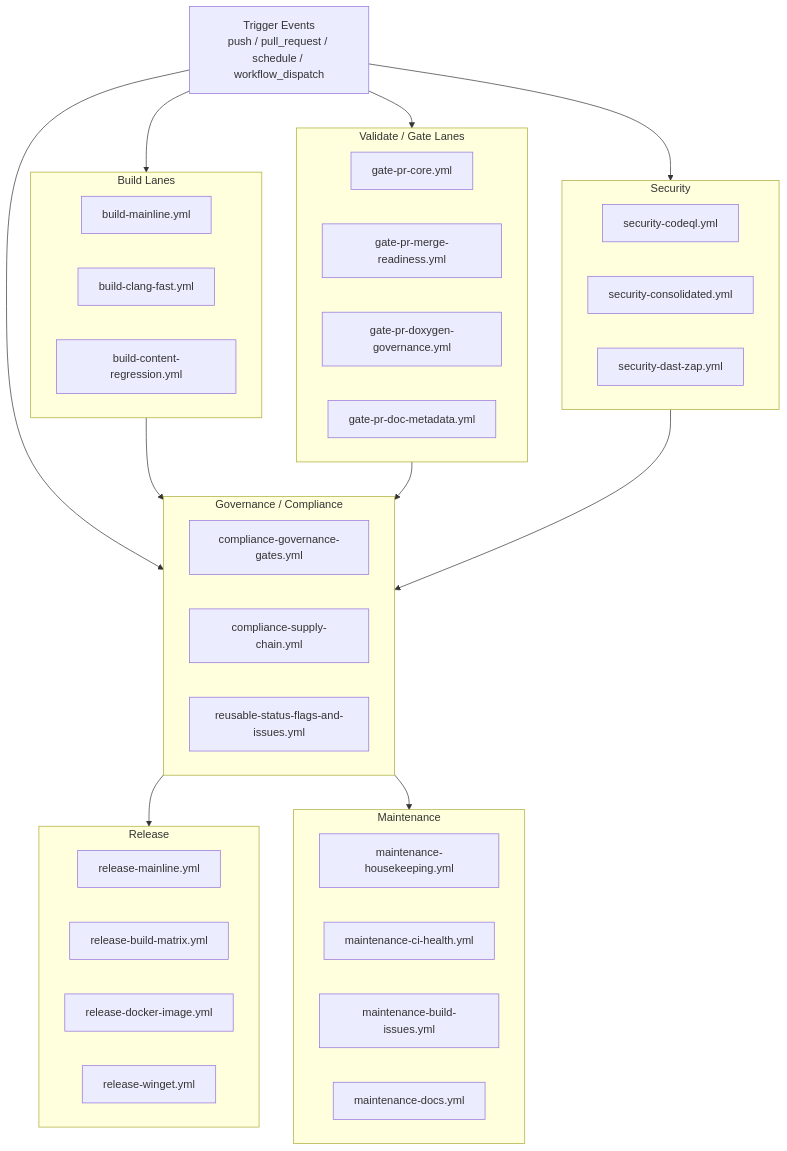
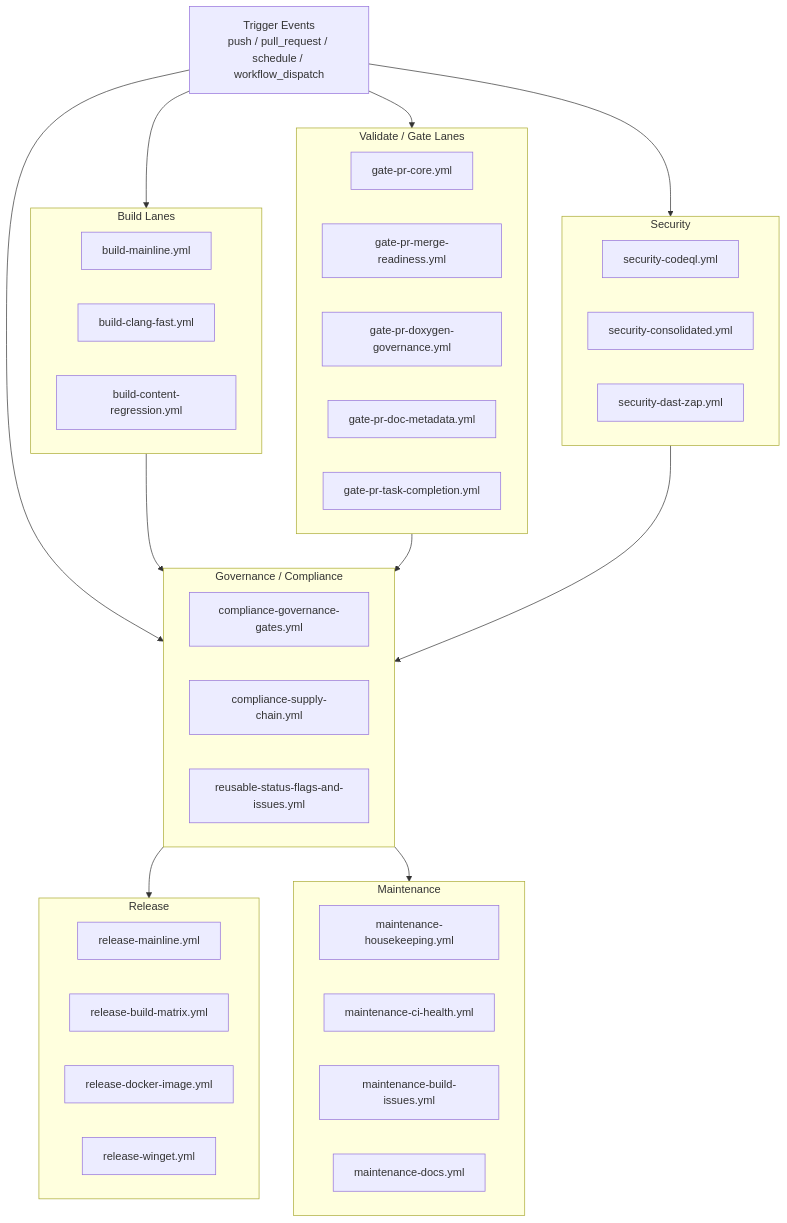
One commit to makr-code/ThemisDB changed the diagram in .github/WORKFLOW_GUIDELINES.md. Above: the diagram before and after it, drawn with Mermaid. The commit also changed other lines of this file and 8 other files, not shown here.

Commit message:
Sync PR task gate governance and tests

````diff
--- a/.github/WORKFLOW_GUIDELINES.md
+++ b/.github/WORKFLOW_GUIDELINES.md
@@ -29,53 +30,54 @@
 ```mermaid
 flowchart TD
     E[Trigger Events<br/>push / pull_request / schedule / workflow_dispatch]
 
     subgraph B[Build Lanes]
       B1[build-mainline.yml]
       B2[build-clang-fast.yml]
       B3[build-content-regression.yml]
     end
 
     subgraph V[Validate / Gate Lanes]
       V1[gate-pr-core.yml]
       V2[gate-pr-merge-readiness.yml]
       V3[gate-pr-doxygen-governance.yml]
       V4[gate-pr-doc-metadata.yml]
+      V5[gate-pr-task-completion.yml]
     end
 
     subgraph G[Governance / Compliance]
       G1[compliance-governance-gates.yml]
       G2[compliance-supply-chain.yml]
       G3[reusable-status-flags-and-issues.yml]
     end
 
     subgraph S[Security]
       S1[security-codeql.yml]
       S2[security-consolidated.yml]
       S3[security-dast-zap.yml]
     end
 
     subgraph R[Release]
       R1[release-mainline.yml]
       R2[release-build-matrix.yml]
       R3[release-docker-image.yml]
       R4[release-winget.yml]
     end
 
     subgraph M[Maintenance]
       M1[maintenance-housekeeping.yml]
       M2[maintenance-ci-health.yml]
       M3[maintenance-build-issues.yml]
       M4[maintenance-docs.yml]
     end
 
     E --> B
     E --> V
     E --> G
     E --> S
     B --> G
     V --> G
     G --> R
     G --> M
     S --> G
 ```
````
